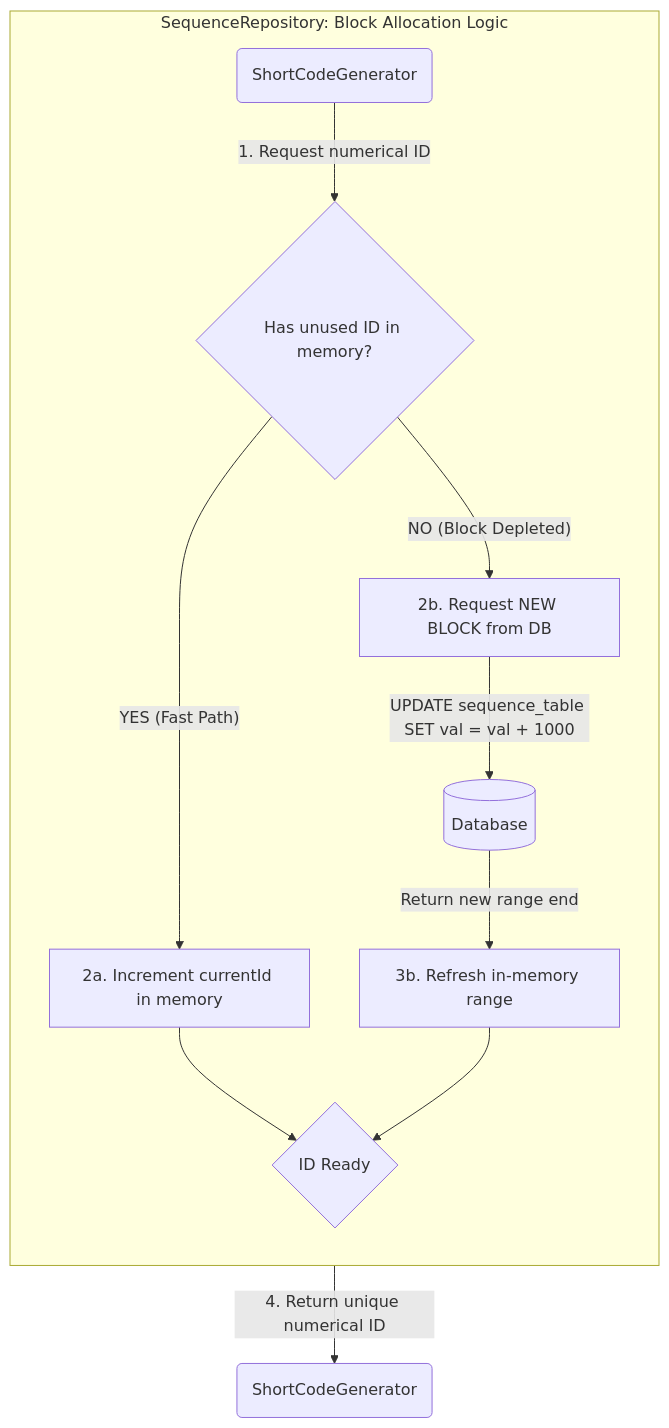
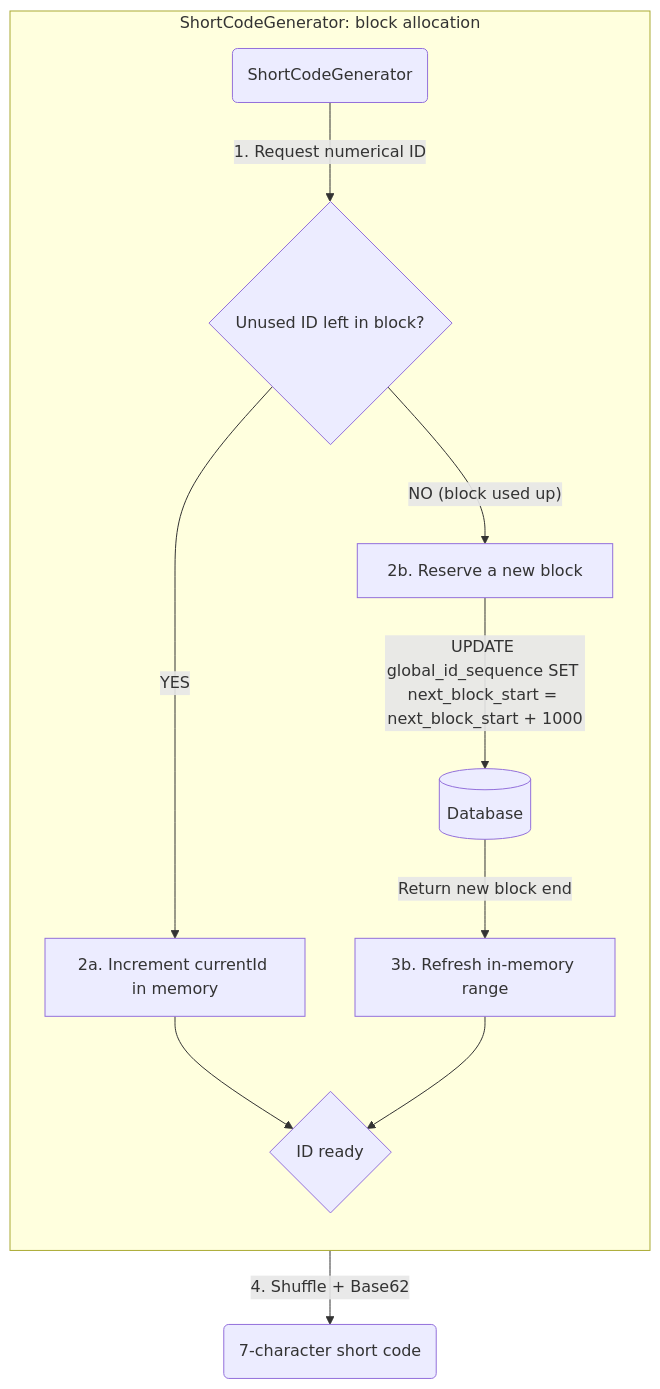
The second of 3 diagrams in README.md (TohidHeshmati/tiny-url-service), drawn with Mermaid before and after one commit. The commit also changed other lines of this file, not shown here.

````diff
--- a/README.md
+++ b/README.md
@@ -159,17 +145,15 @@
 ```mermaid
 graph TD
-    subgraph "SequenceRepository: Block Allocation Logic"
+    subgraph "ShortCodeGenerator: block allocation"
         direction TB
-        B(ShortCodeGenerator) -- " 1. Request numerical ID " --> C{Has unused ID in memory?}
-    %% The Fast Path
-        C -- " YES (Fast Path) " --> D["2a. Increment currentId in memory"]
-        D --> E{ID Ready}
-    %% The Slow Path (Block Depleted)
-        C -- " NO (Block Depleted) " --> F["2b. Request NEW BLOCK from DB"]
-        F -- " UPDATE sequence_table SET val = val + 1000 " --> G[(Database)]
-        G -- " Return new range end " --> H["3b. Refresh in-memory range"]
+        B(ShortCodeGenerator) -- " 1. Request numerical ID " --> C{Unused ID left in block?}
+        C -- " YES " --> D["2a. Increment currentId in memory"]
+        D --> E{ID ready}
+        C -- " NO (block used up) " --> F["2b. Reserve a new block"]
+        F -- " UPDATE global_id_sequence SET next_block_start = next_block_start + 1000 " --> G[(Database)]
+        G -- " Return new block end " --> H["3b. Refresh in-memory range"]
         H --> E
     end
 
-    E -- " 4. Return unique numerical ID " --> I(ShortCodeGenerator)
+    E -- " 4. Shuffle + Base62 " --> I(7-character short code)
 ```
````
